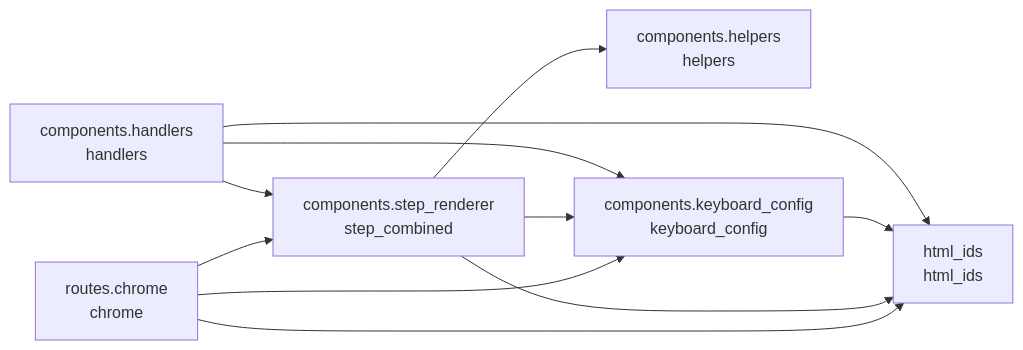
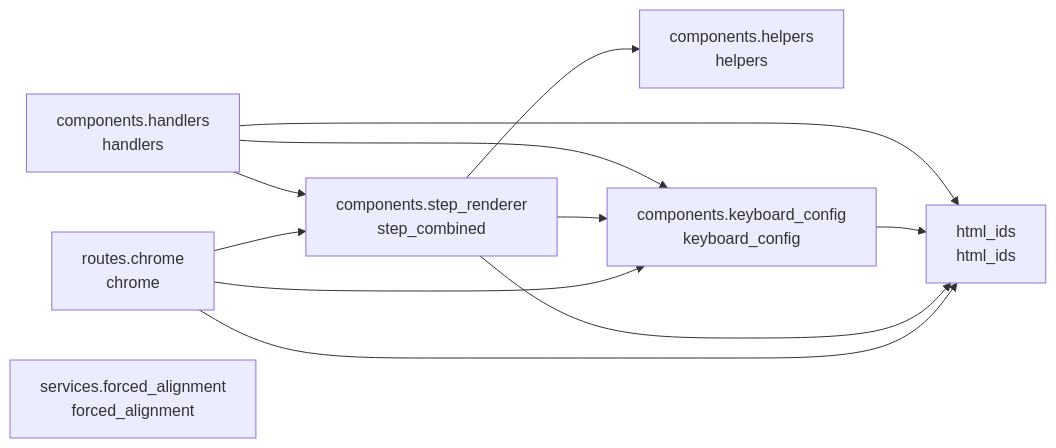
One commit to cj-mills/cjm-transcript-segment-align changed the diagram in README.md. Above: the diagram before and after it, drawn with Mermaid. The commit also changed other lines of this file and 5 other files, not shown here.

Commit message:
Add ForcedAlignmentService with word-to-text mapping, VAD chunk assignment, segment building, and plugin integration tests with pre-generated VAD JSON data.

````diff
--- a/README.md
+++ b/README.md
@@ -28,20 +30,21 @@
 ``` mermaid
 graph LR
     components_handlers[components.handlers<br/>handlers]
     components_helpers[components.helpers<br/>helpers]
     components_keyboard_config[components.keyboard_config<br/>keyboard_config]
     components_step_renderer[components.step_renderer<br/>step_combined]
     html_ids[html_ids<br/>html_ids]
     routes_chrome[routes.chrome<br/>chrome]
+    services_forced_alignment[services.forced_alignment<br/>forced_alignment]
 
     components_handlers --> components_step_renderer
+    components_handlers --> html_ids
     components_handlers --> components_keyboard_config
-    components_handlers --> html_ids
     components_keyboard_config --> html_ids
-    components_step_renderer --> components_keyboard_config
     components_step_renderer --> components_helpers
     components_step_renderer --> html_ids
+    components_step_renderer --> components_keyboard_config
     routes_chrome --> components_step_renderer
     routes_chrome --> html_ids
     routes_chrome --> components_keyboard_config
 ```
````
